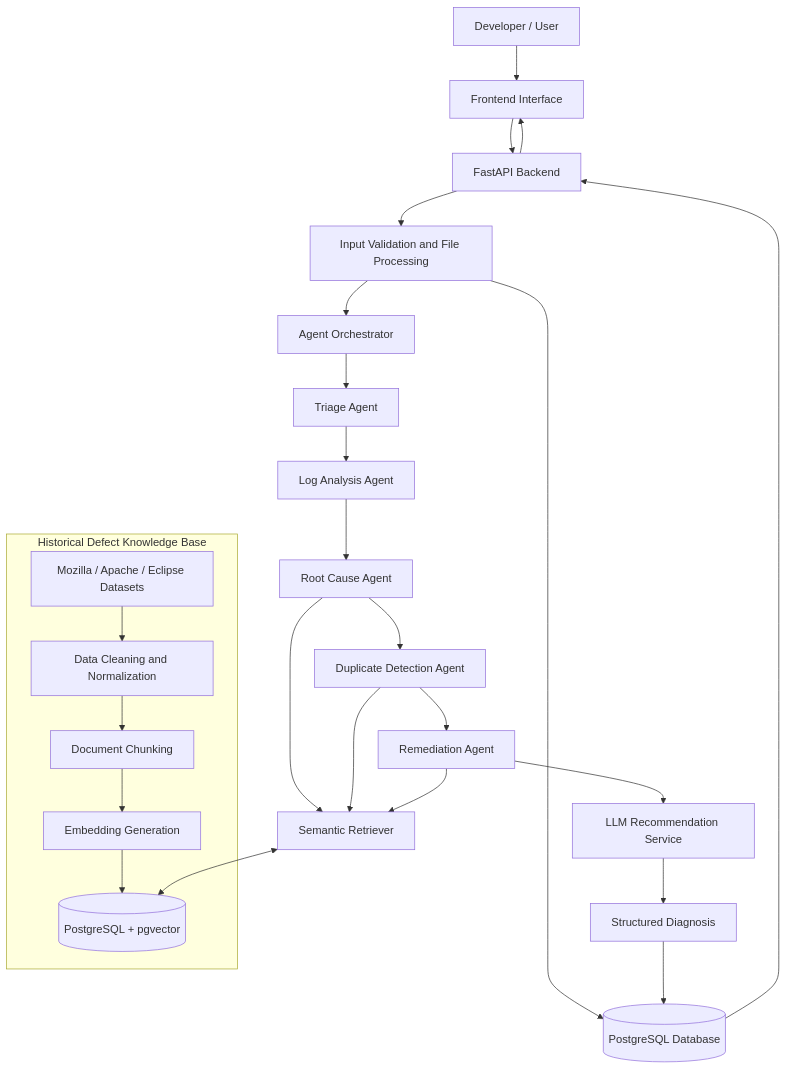
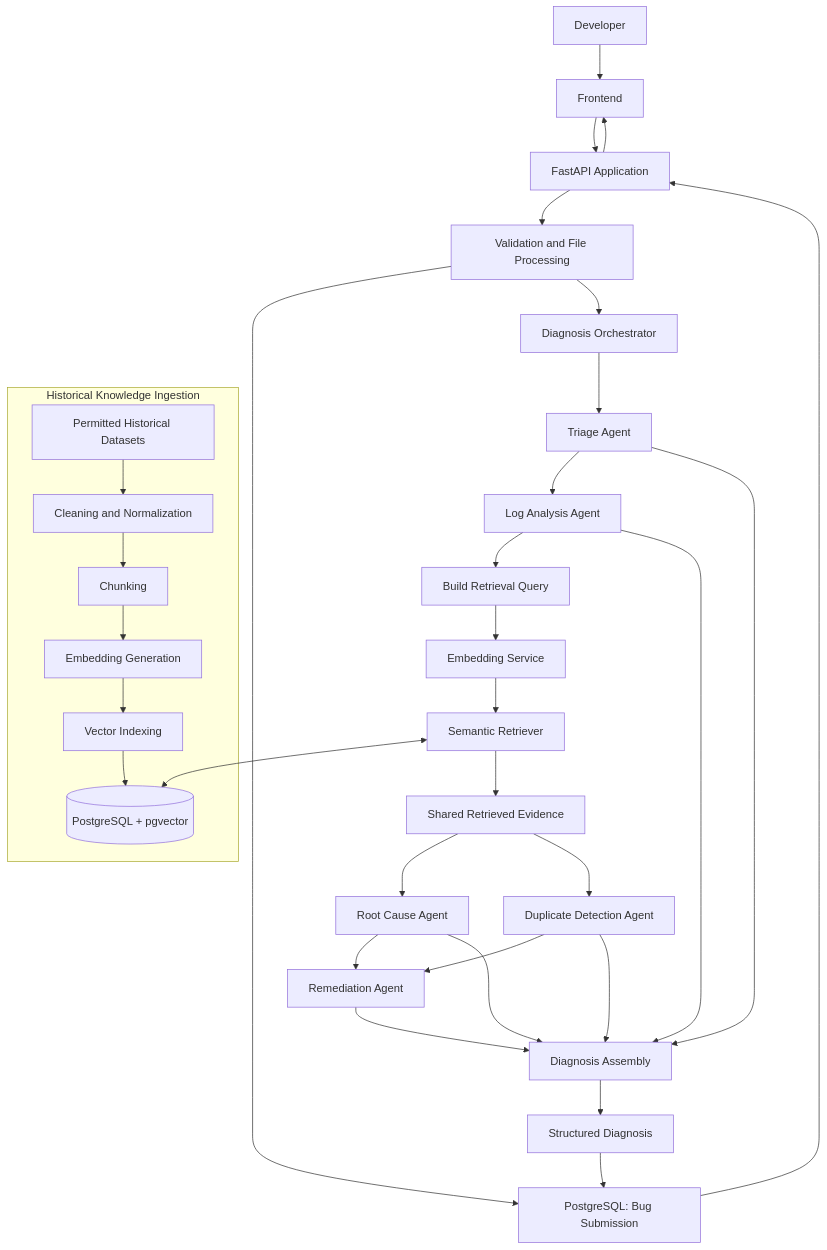
The first of 4 diagrams in README.md (Mokshsaini7/intelligent-bug-diagnosis-platform), drawn with Mermaid before and after one commit. The commit also changed other lines of this file, not shown here.

````diff
--- a/README.md
+++ b/README.md
@@ -85,40 +111,40 @@
 ```mermaid
 flowchart TD
-    U["Developer / User"] --> UI["Frontend Interface"]
-    UI --> API["FastAPI Backend"]
+    USER["Developer"] --> UI["Frontend"]
+    UI --> API["FastAPI Application"]
+    API --> VALIDATE["Validation and File Processing"]
+    VALIDATE --> STORE["PostgreSQL: Bug Submission"]
+    VALIDATE --> ORCH["Diagnosis Orchestrator"]
 
-    API --> VAL["Input Validation and File Processing"]
-    VAL --> DB[("PostgreSQL Database")]
-    VAL --> ORCH["Agent Orchestrator"]
+    ORCH --> TRIAGE["Triage Agent"]
+    TRIAGE --> LOG["Log Analysis Agent"]
+    LOG --> QUERY["Build Retrieval Query"]
+    QUERY --> EMBED["Embedding Service"]
+    EMBED --> RETRIEVE["Semantic Retriever"]
+    RETRIEVE <--> VECTOR[("PostgreSQL + pgvector")]
+    RETRIEVE --> EVIDENCE["Shared Retrieved Evidence"]
 
-    ORCH --> T["Triage Agent"]
-    T --> L["Log Analysis Agent"]
-    L --> R["Root Cause Agent"]
-    R --> D["Duplicate Detection Agent"]
-    D --> M["Remediation Agent"]
+    EVIDENCE --> ROOT["Root Cause Agent"]
+    EVIDENCE --> DUP["Duplicate Detection Agent"]
+    ROOT --> REMEDY["Remediation Agent"]
+    DUP --> REMEDY
 
-    subgraph KB["Historical Defect Knowledge Base"]
-        DATA["Mozilla / Apache / Eclipse Datasets"]
-        CLEAN["Data Cleaning and Normalization"]
-        CHUNK["Document Chunking"]
-        EMB["Embedding Generation"]
-        VDB[("PostgreSQL + pgvector")]
+    TRIAGE --> ASSEMBLE["Diagnosis Assembly"]
+    LOG --> ASSEMBLE
+    ROOT --> ASSEMBLE
+    DUP --> ASSEMBLE
+    REMEDY --> ASSEMBLE
 
-        DATA --> CLEAN
-        CLEAN --> CHUNK
-        CHUNK --> EMB
-        EMB --> VDB
+    ASSEMBLE --> RESULT["Structured Diagnosis"]
+    RESULT --> STORE
+    STORE --> API
+    API --> UI
+
+    subgraph INGEST["Historical Knowledge Ingestion"]
+        DATA["Permitted Historical Datasets"] --> CLEAN["Cleaning and Normalization"]
+        CLEAN --> CHUNK["Chunking"]
+        CHUNK --> GEN["Embedding Generation"]
+        GEN --> INDEX["Vector Indexing"]
+        INDEX --> VECTOR
     end
-
-    R --> RET["Semantic Retriever"]
-    D --> RET
-    M --> RET
-    RET <--> VDB
-
-    M --> LLM["LLM Recommendation Service"]
-    LLM --> RESULT["Structured Diagnosis"]
-    RESULT --> DB
-
-    DB --> API
-    API --> UI
 ```
````
